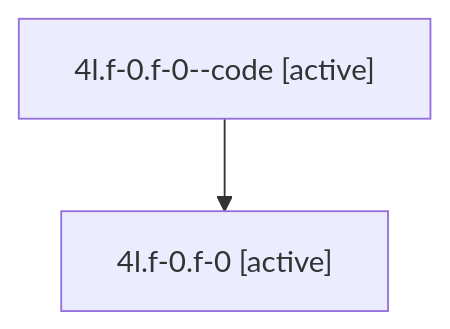
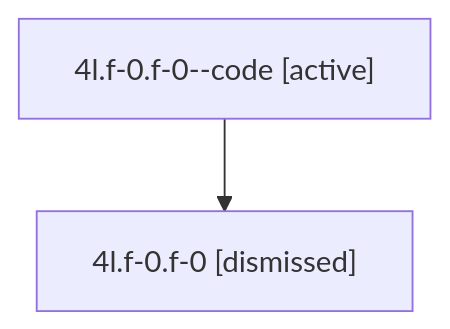
The diagram in sessions/bbugyi200.athena.4l.f-0.f-0.md (bobs-org/bob-cli--agents), drawn with Mermaid before and after one commit. The commit also changed other lines of this file and 46 other files, not shown here.

````diff
--- a/sessions/bbugyi200.athena.4l.f-0.f-0.md
+++ b/sessions/bbugyi200.athena.4l.f-0.f-0.md
@@ -9,6 +9,6 @@
 ```mermaid
 flowchart TD
   n0["4l.f-0.f-0--code [active]"]
-  n1["4l.f-0.f-0 [active]"]
+  n1["4l.f-0.f-0 [dismissed]"]
   n0 --> n1
 ```
````
